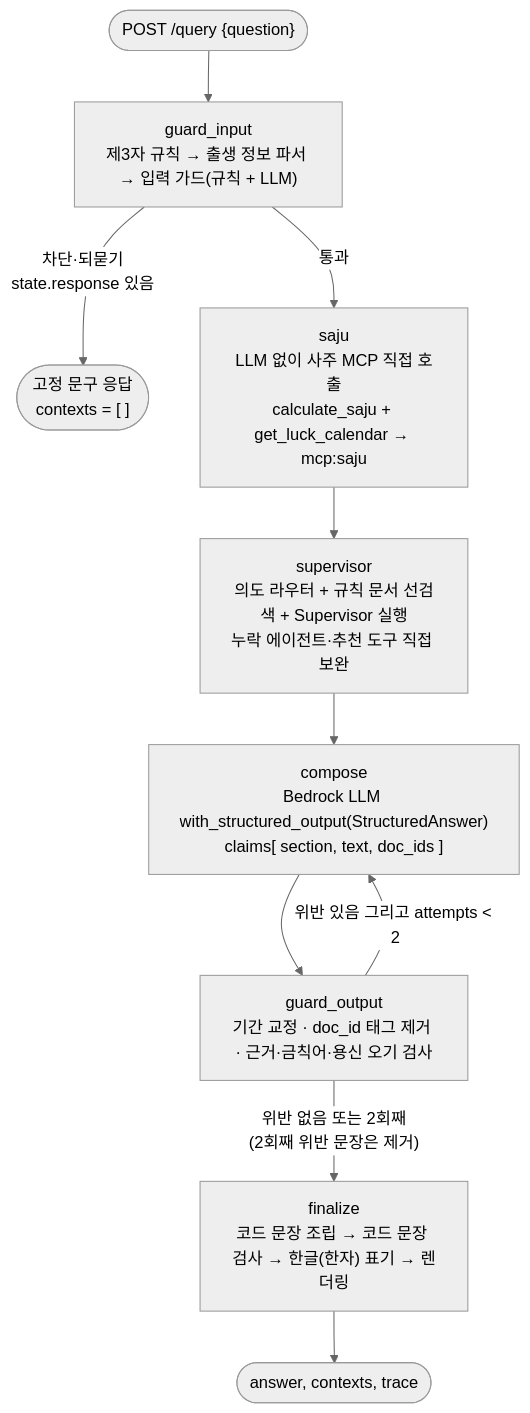
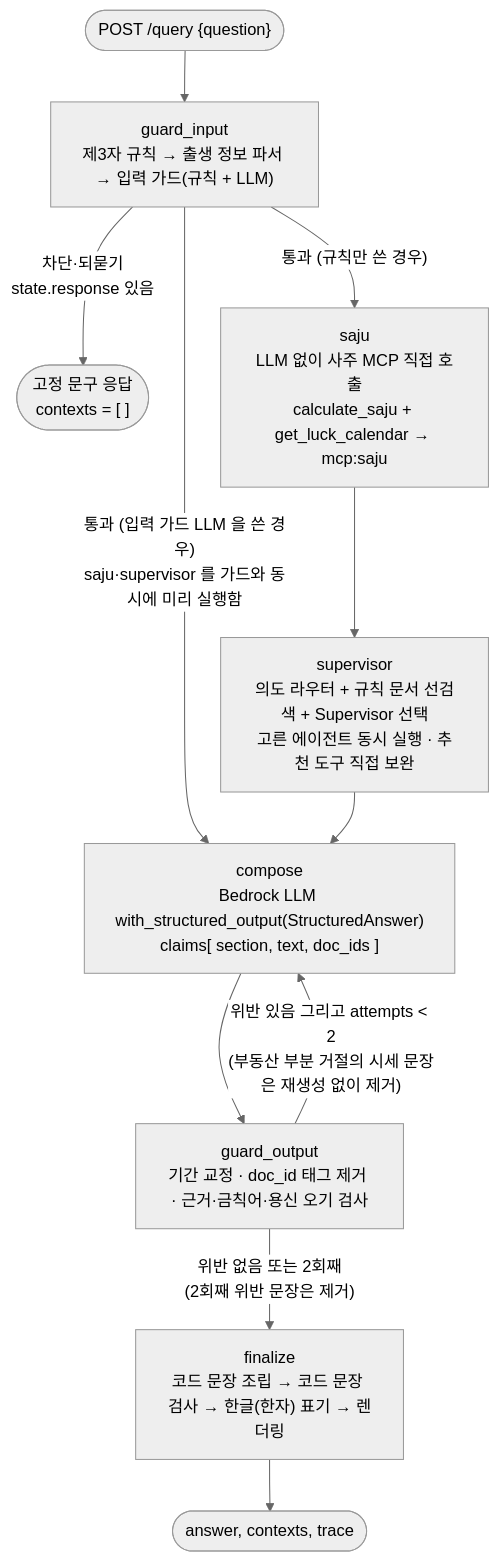
The first of 8 diagrams in docs/architecture.md (samaishit/mini-pjt_samaishit), drawn with Mermaid (neutral theme) before and after one commit. The commit also changed other lines of this file and 17 other files, not shown here.

````diff
--- a/docs/architecture.md
+++ b/docs/architecture.md
@@ -10,24 +10,25 @@
 ```mermaid
 flowchart TD
     START(["POST /query {question}"]) --> GI
 
     GI["guard_input<br/>제3자 규칙 → 출생 정보 파서 → 입력 가드(규칙 + LLM)"]
     GI -->|"차단·되묻기<br/>state.response 있음"| END_FIXED(["고정 문구 응답<br/>contexts = [ ]"])
-    GI -->|통과| SAJU
+    GI -->|"통과 (입력 가드 LLM 을 쓴 경우)<br/>saju·supervisor 를 가드와 동시에 미리 실행함"| COMP
+    GI -->|"통과 (규칙만 쓴 경우)"| SAJU
 
     SAJU["saju<br/>LLM 없이 사주 MCP 직접 호출<br/>calculate_saju + get_luck_calendar → mcp:saju"]
     SAJU --> SUP
 
-    SUP["supervisor<br/>의도 라우터 + 규칙 문서 선검색 + Supervisor 실행<br/>누락 에이전트·추천 도구 직접 보완"]
+    SUP["supervisor<br/>의도 라우터 + 규칙 문서 선검색 + Supervisor 선택<br/>고른 에이전트 동시 실행 · 추천 도구 직접 보완"]
     SUP --> COMP
 
     COMP["compose<br/>Bedrock LLM with_structured_output(StructuredAnswer)<br/>claims[ section, text, doc_ids ]"]
     COMP --> GO
 
     GO["guard_output<br/>기간 교정 · doc_id 태그 제거 · 근거·금칙어·용신 오기 검사"]
-    GO -->|"위반 있음 그리고 attempts < 2"| COMP
+    GO -->|"위반 있음 그리고 attempts < 2<br/>(부동산 부분 거절의 시세 문장은 재생성 없이 제거)"| COMP
     GO -->|"위반 없음 또는 2회째<br/>(2회째 위반 문장은 제거)"| FIN
 
     FIN["finalize<br/>코드 문장 조립 → 코드 문장 검사 → 한글(한자) 표기 → 렌더링"]
     FIN --> END_OK(["answer, contexts, trace"])
 ```
````
